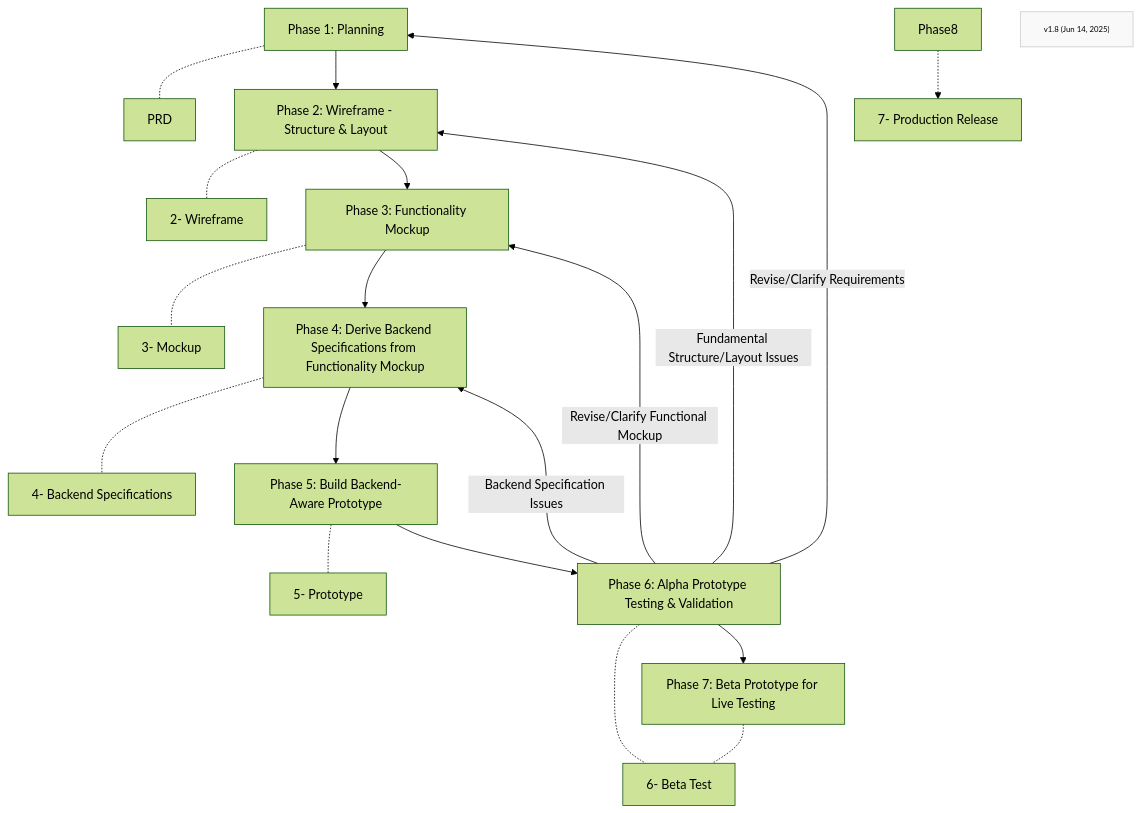
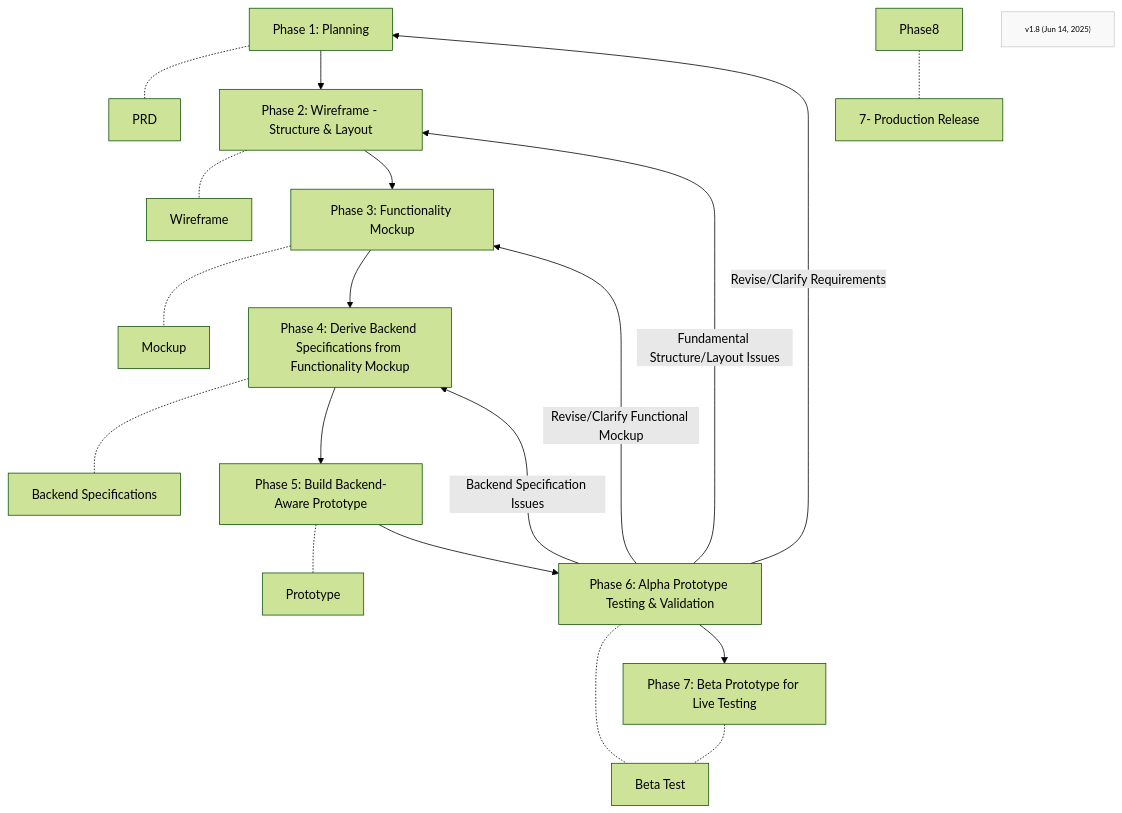
One commit to Mharbulous/Front-First-Method changed the first of 2 diagrams in Phases/FF-overview.md. Above: the diagram before and after it, drawn with Mermaid (forest theme).

````diff
--- a/Phases/FF-overview.md
+++ b/Phases/FF-overview.md
@@ -1,35 +1,28 @@
 ```mermaid
 graph TD
     
     Phase1["Phase 1: Planning"] -.- PRD["PRD"]
     Phase1 --> Phase2["Phase 2: Wireframe - Structure & Layout"]
-    Phase2 -.- Wireframe["2- Wireframe"]
+    Phase2 -.- Wireframe["Wireframe"]
     Phase2 --> Phase3["Phase 3: Functionality Mockup"]
-    Phase3 -.- Mockup["3- Mockup"]
+    Phase3 -.- Mockup["Mockup"]
     Phase3 --> Phase4["Phase 4: Derive Backend Specifications from Functionality Mockup"]
-    Phase4 -.- Specs["4- Backend Specifications"]
+    Phase4 -.- Specs["Backend Specifications"]
     Phase4 --> Phase5["Phase 5: Build Backend-Aware Prototype"]
-    Phase5 -.- Prototype["5- Prototype"]
+    Phase5 -.- Prototype["Prototype"]
     Phase5 --> Phase6["Phase 6: Alpha Prototype Testing & Validation"]
-    Phase6 -.- Alpha["5- Alpha Test"]
+    Phase6 -.- Alpha["Alpha Test"]
     Phase6 --> Phase7["Phase 7: Beta Prototype for Live Testing"]    
     Phase6 -->|Revise/Clarify Requirements| Phase1
     Phase6 -->|Fundamental Structure/Layout Issues| Phase2
     Phase6 -->|Revise/Clarify Functional Mockup| Phase3
     Phase6 -->|Backend Specification Issues| Phase4    
-    Phase7 -.- Alpha["6- Beta Test"]
-    
-        
-    
-
-    
-
-        
-        Phase8 -.-> Production["7- Production Release"]
+    Phase7 -.- Alpha["Beta Test"]  
+    Phase8 -.- Production["7- Production Release"]
 
        
 
     VersionInfo["v1.8 (Jun 14, 2025)"]
     classDef version fill:#f9f9f9,stroke:#ccc,font-size:10px;
     class VersionInfo version
 ```
````
